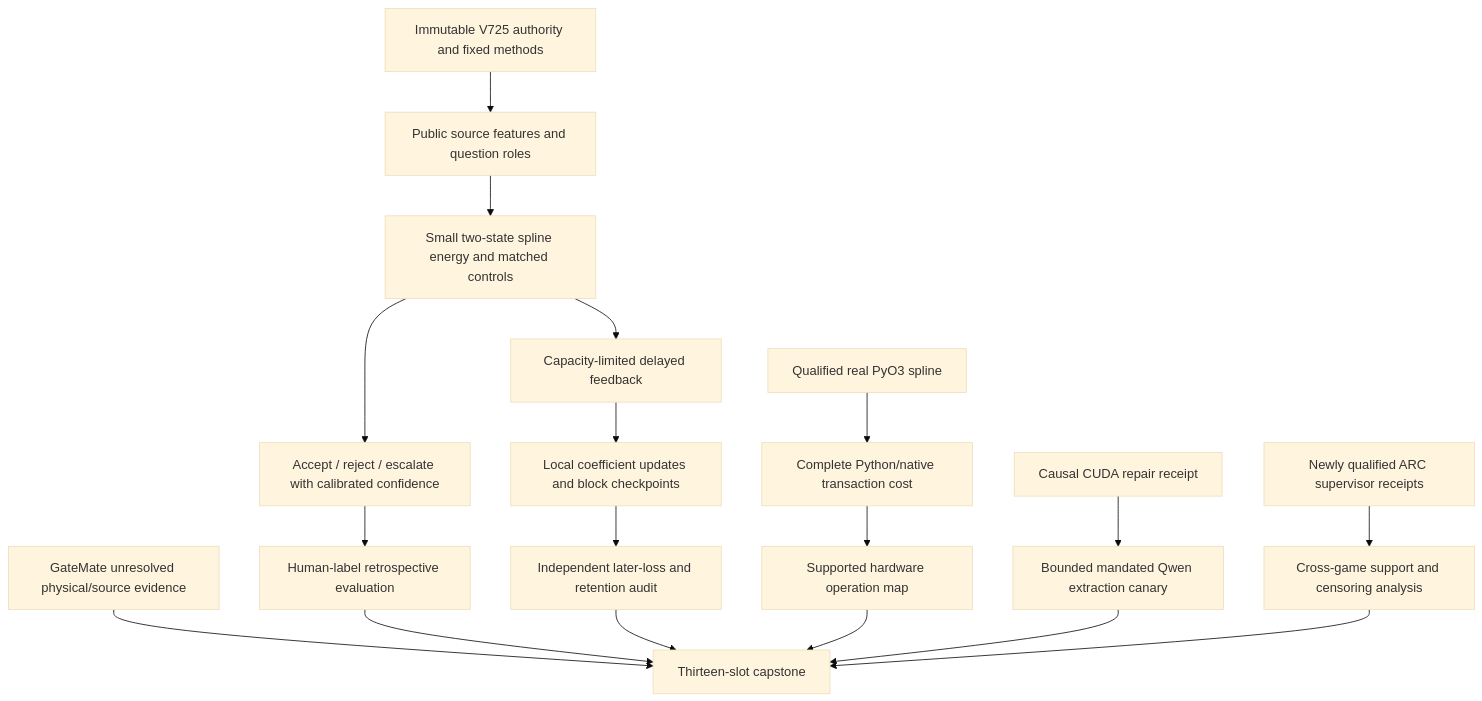
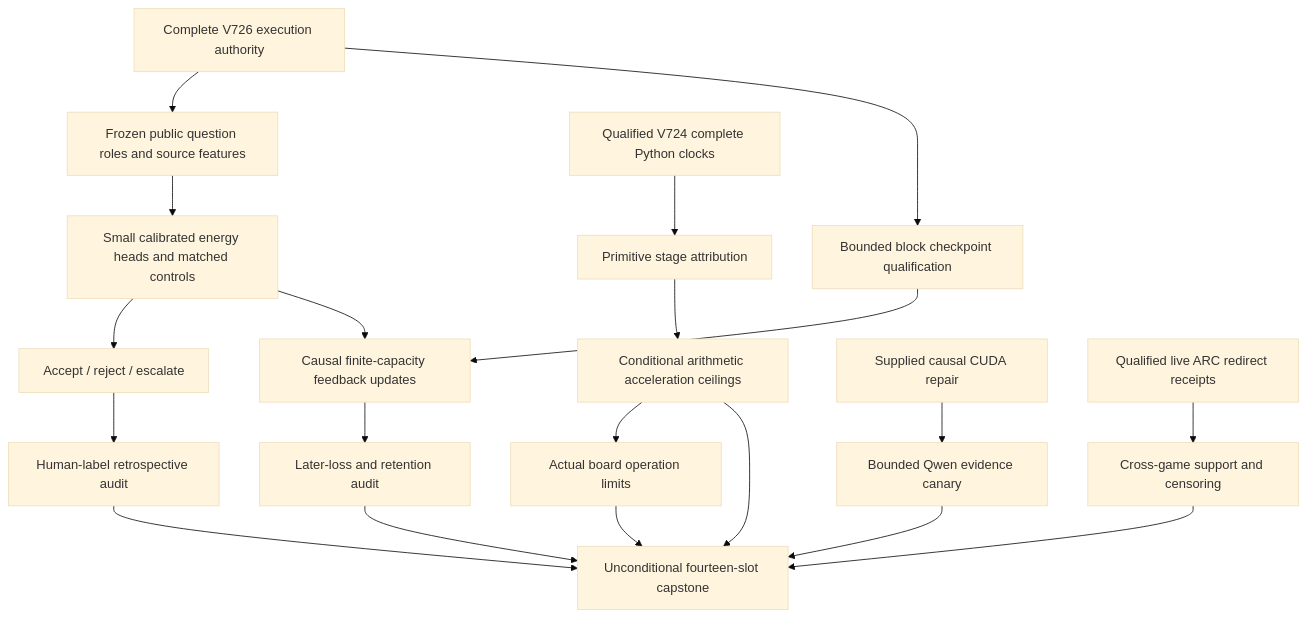
One commit to Carnot-EBM/carnot-ebm changed the first of 2 diagrams in openspec/change-proposals/research-roadmap-vNEXT.md. Above: the diagram before and after it, drawn with Mermaid (base theme). The commit also changed other lines of this file and 18 other files, not shown here.

````diff
--- a/openspec/change-proposals/research-roadmap-vNEXT.md
+++ b/openspec/change-proposals/research-roadmap-vNEXT.md
@@ -92,20 +108,22 @@
 ```mermaid
 flowchart TD
-    A[Immutable V725 authority and fixed methods] --> F[Public source features and question roles]
-    F --> E[Small two-state spline energy and matched controls]
-    E --> D[Accept / reject / escalate with calibrated confidence]
-    D --> V[Human-label retrospective evaluation]
-    E --> L[Capacity-limited delayed feedback]
-    L --> U[Local coefficient updates and block checkpoints]
-    U --> R[Independent later-loss and retention audit]
-    N[Qualified real PyO3 spline] --> C[Complete Python/native transaction cost]
-    C --> H[Supported hardware operation map]
-    Q[Causal CUDA repair receipt] --> G[Bounded mandated Qwen extraction canary]
-    S[Newly qualified ARC supervisor receipts] --> X[Cross-game support and censoring analysis]
-    B[GateMate unresolved physical/source evidence] --> Z[Thirteen-slot capstone]
-    V --> Z
+    A[Complete V726 execution authority] --> F[Frozen public question roles and source features]
+    F --> H[Small calibrated energy heads and matched controls]
+    H --> D[Accept / reject / escalate]
+    D --> E[Human-label retrospective audit]
+    A --> S[Bounded block checkpoint qualification]
+    S --> L[Causal finite-capacity feedback updates]
+    H --> L
+    L --> R[Later-loss and retention audit]
+    P[Qualified V724 complete Python clocks] --> C[Primitive stage attribution]
+    C --> B[Conditional arithmetic acceleration ceilings]
+    B --> W[Actual board operation limits]
+    Q[Supplied causal CUDA repair] --> G[Bounded Qwen evidence canary]
+    X[Qualified live ARC redirect receipts] --> Y[Cross-game support and censoring]
+    E --> Z[Unconditional fourteen-slot capstone]
     R --> Z
-    H --> Z
+    B --> Z
     G --> Z
-    X --> Z
+    Y --> Z
+    W --> Z
 ```
````
